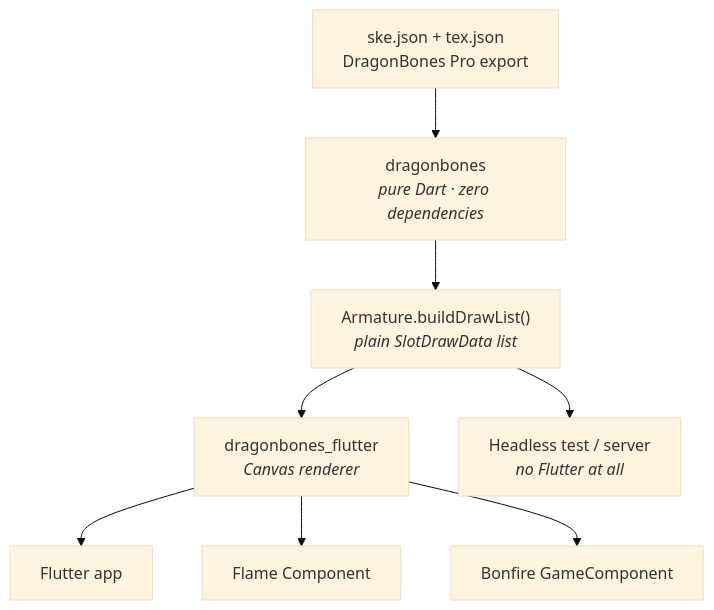
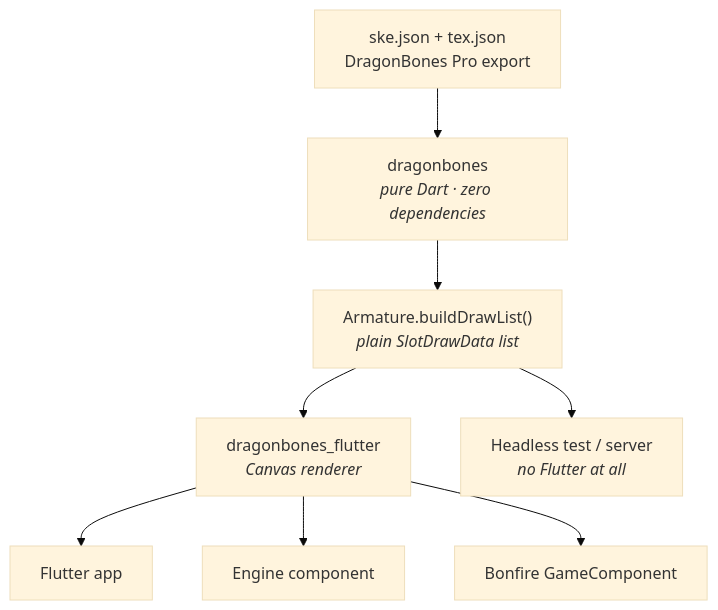
The first of 2 diagrams in docs/architecture.mdx (RafaelBarbosatec/dragonbones_flutter), drawn with Mermaid (base theme) before and after one commit. The commit also changed other lines of this file and 17 other files, not shown here.

````diff
--- a/docs/architecture.mdx
+++ b/docs/architecture.mdx
@@ -10,10 +10,10 @@
 ```mermaid
 graph TD
     A["ske.json + tex.json<br/>DragonBones Pro export"] --> B["dragonbones<br/><i>pure Dart · zero dependencies</i>"]
     B --> C["Armature.buildDrawList()<br/><i>plain SlotDrawData list</i>"]
     C --> D["dragonbones_flutter<br/><i>Canvas renderer</i>"]
     D --> E["Flutter app"]
-    D --> F["Flame Component"]
+    D --> F["Engine component"]
     D --> G["Bonfire GameComponent"]
     C --> H["Headless test / server<br/><i>no Flutter at all</i>"]
 ```
````
